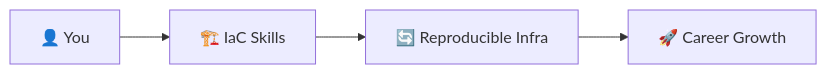
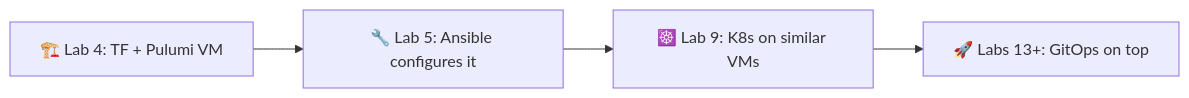
One commit to inno-devops-labs/DevOps-Core-Course changed the seventh of 7 diagrams in lectures/lec4.md. Above: the diagram before and after it, drawn with Mermaid. The commit also changed other lines of this file and 24 other files, not shown here.

````diff
--- a/lectures/lec4.md
+++ b/lectures/lec4.md
@@ -782,6 +510,6 @@
 ```mermaid
 flowchart LR
-  You[👤 You] --> IaC[🏗️ IaC Skills]
-  IaC --> Reproducible[🔄 Reproducible Infra]
-  Reproducible --> Career[🚀 Career Growth]
+  Lab4[🏗️ Lab 4: TF + Pulumi VM] --> Lab5[🔧 Lab 5: Ansible configures it]
+  Lab5 --> Lab9[☸️ Lab 9: K8s on similar VMs]
+  Lab9 --> Future[🚀 Labs 13+: GitOps on top]
 ```
````
